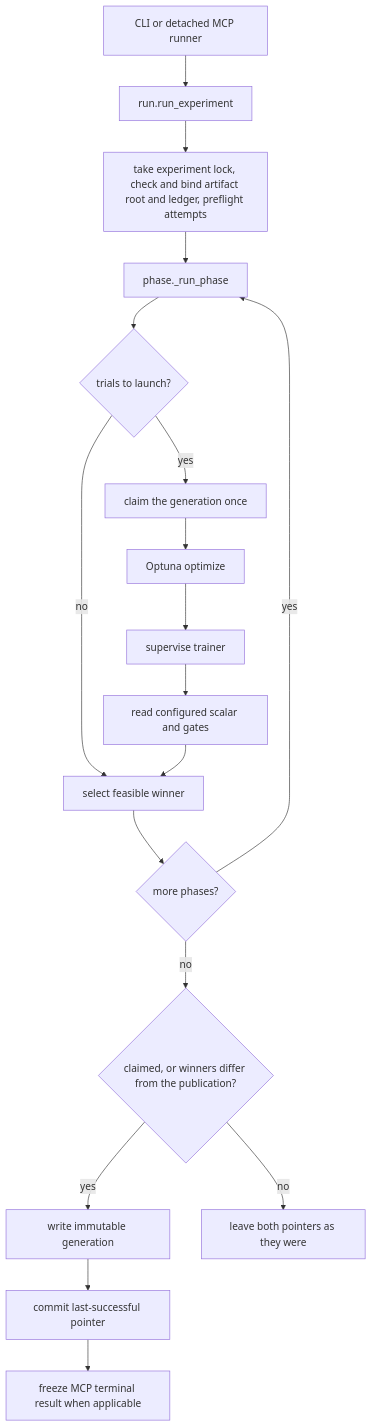
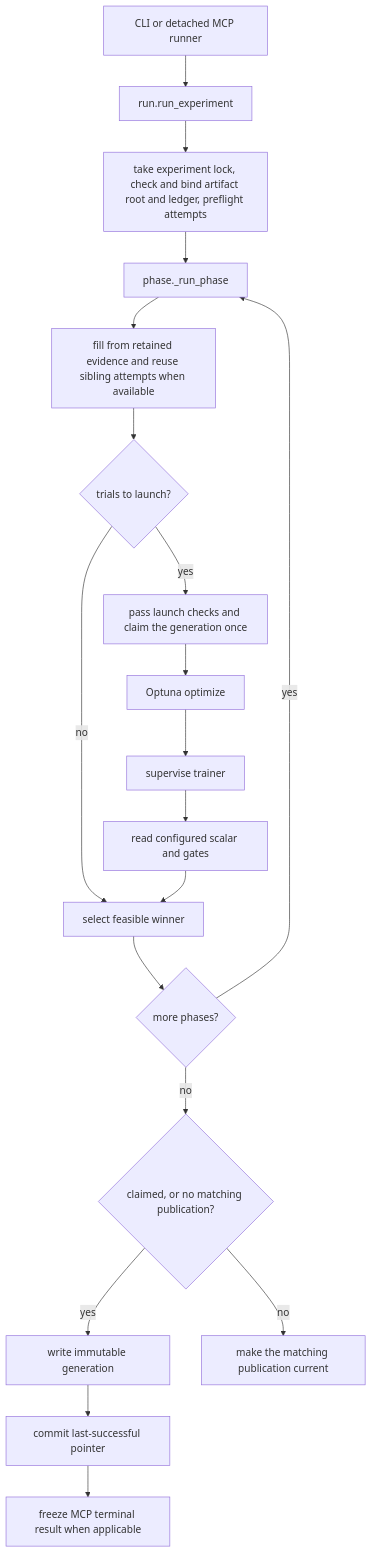
One commit to pszemraj/phasesweep changed the diagram in docs/development.md. Above: the diagram before and after it, drawn with Mermaid. The commit also changed other lines of this file and 8 other files, not shown here.

Commit message:
docs: correct evidence reuse and recovery instructions

````diff
--- a/docs/development.md
+++ b/docs/development.md
@@ -196,20 +198,21 @@
 ```mermaid
 flowchart TD
     cli["CLI or detached MCP runner"] --> run["run.run_experiment"]
     run --> preflight["take experiment lock, check and bind artifact root and ledger, preflight attempts"]
     preflight --> phase["phase._run_phase"]
-    phase --> work{"trials to launch?"}
-    work -->|yes| claim["claim the generation once"]
+    phase --> retained["fill from retained evidence and reuse sibling attempts when available"]
+    retained --> work{"trials to launch?"}
+    work -->|yes| claim["pass launch checks and claim the generation once"]
     work -->|no| select
     claim --> optimize["Optuna optimize"]
     optimize --> launch["supervise trainer"]
     launch --> evidence["read configured scalar and gates"]
     evidence --> select["select feasible winner"]
     select --> next{"more phases?"}
     next -->|yes| phase
-    next -->|no| changed{"claimed, or winners differ from the publication?"}
+    next -->|no| changed{"claimed, or no matching publication?"}
     changed -->|yes| generation["write immutable generation"]
-    changed -->|no| unchanged["leave both pointers as they were"]
+    changed -->|no| unchanged["make the matching publication current"]
     generation --> pointer["commit last-successful pointer"]
     pointer --> snapshot["freeze MCP terminal result when applicable"]
 ```
````
